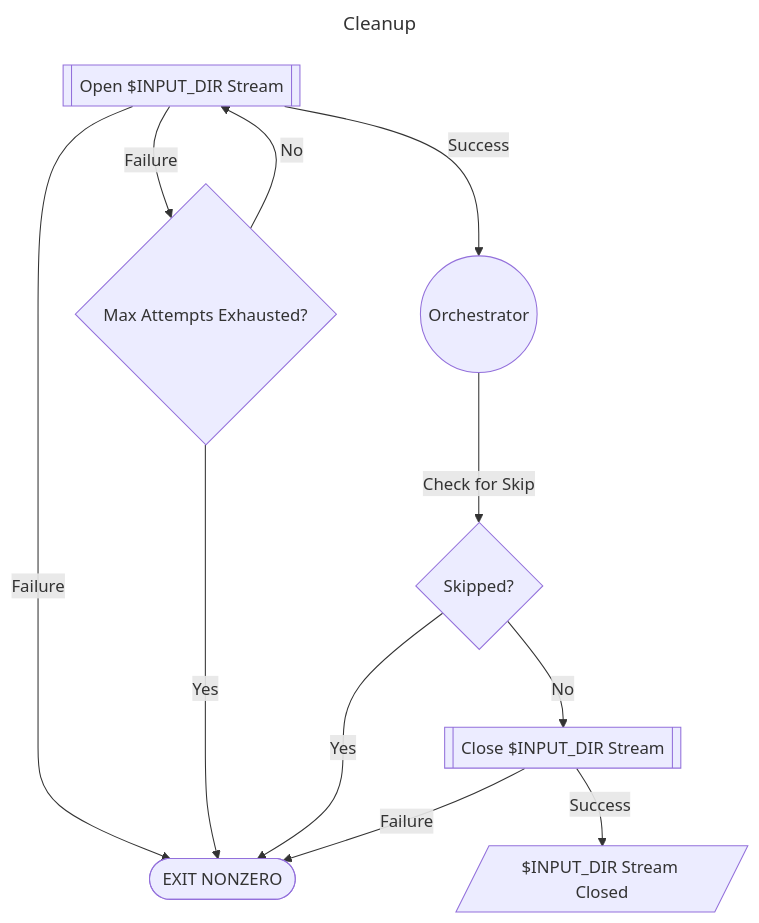
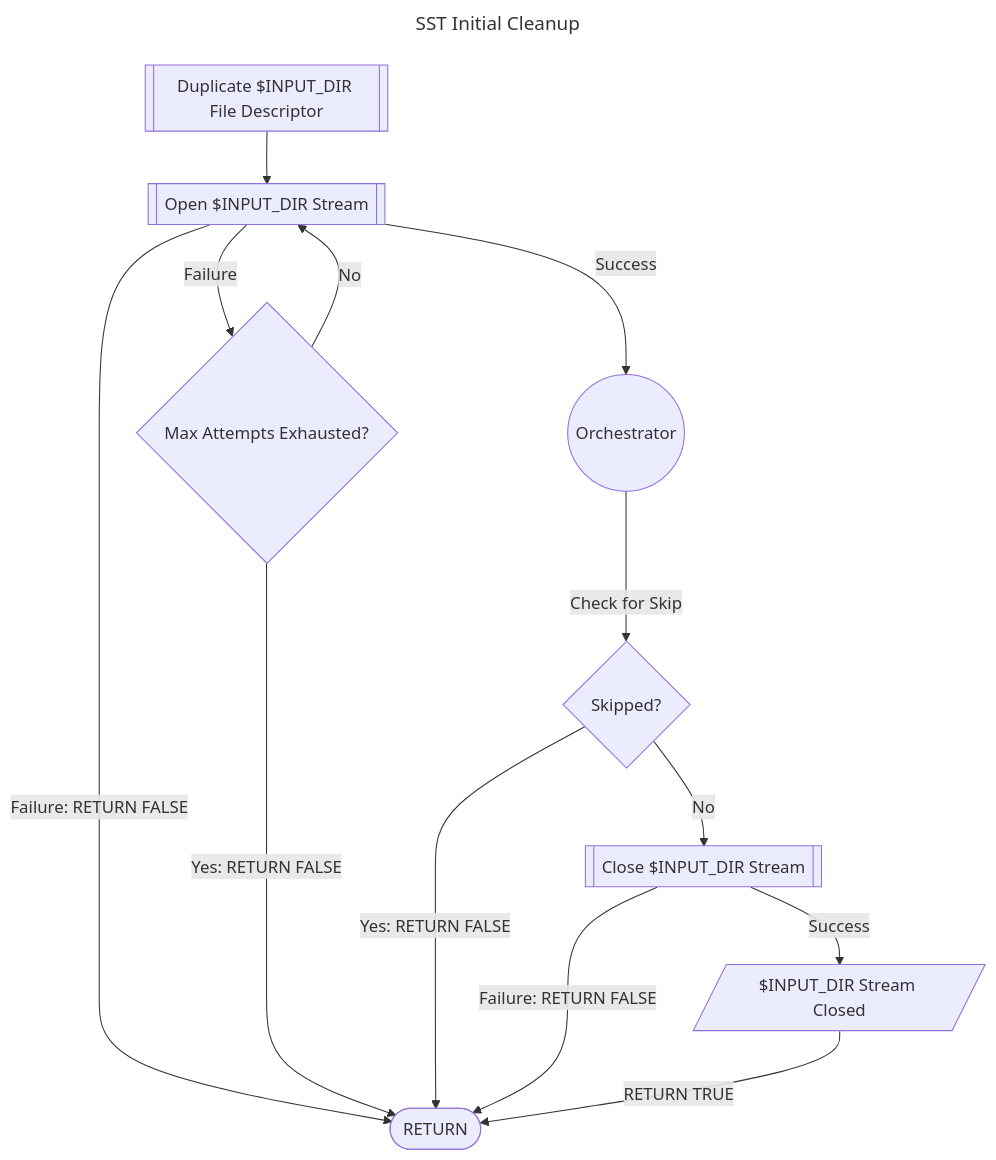
One commit to CharlesMC11/sst changed the diagram in Documentation/flowchart_cleanup.mmd. Above: the diagram before and after it, drawn with Mermaid. The commit also changed 6 other files, not shown here.

```diff
--- a/Documentation/flowchart_cleanup.mmd
+++ b/Documentation/flowchart_cleanup.mmd
@@ -1,15 +1,17 @@
 ---
-title: Cleanup
+title: SST Initial Cleanup
 ---
 flowchart
-  OpenDir[[Open $INPUT_DIR Stream]] --> |Failure| EXIT([EXIT NONZERO])
+  Dup[[Duplicate $INPUT_DIR File Descriptor]] --> OpenDir[[Open $INPUT_DIR Stream]]
+  OpenDir--> |Failure: RETURN FALSE| EXIT([RETURN])
   OpenDir --> |Failure| OpenDir?{Max Attempts Exhausted?}
-  OpenDir? --> |Yes| EXIT
+  OpenDir? --> |Yes: RETURN FALSE| EXIT
   OpenDir? --> |No| OpenDir
   OpenDir --> |Success| Orchestrator((Orchestrator))
 
   Orchestrator --> |Check for Skip| Orchestrator?{Skipped?}
-  Orchestrator? --> |Yes| EXIT
+  Orchestrator? --> |Yes: RETURN FALSE| EXIT
   Orchestrator? --> |No| CloseDir[[Close $INPUT_DIR Stream]]
-  CloseDir --> |Failure| EXIT
+  CloseDir --> |Failure: RETURN FALSE| EXIT
   CloseDir --> |Success| ClosedDir[/$INPUT_DIR Stream Closed/]
+  ClosedDir --> |RETURN TRUE| EXIT([RETURN])
```
